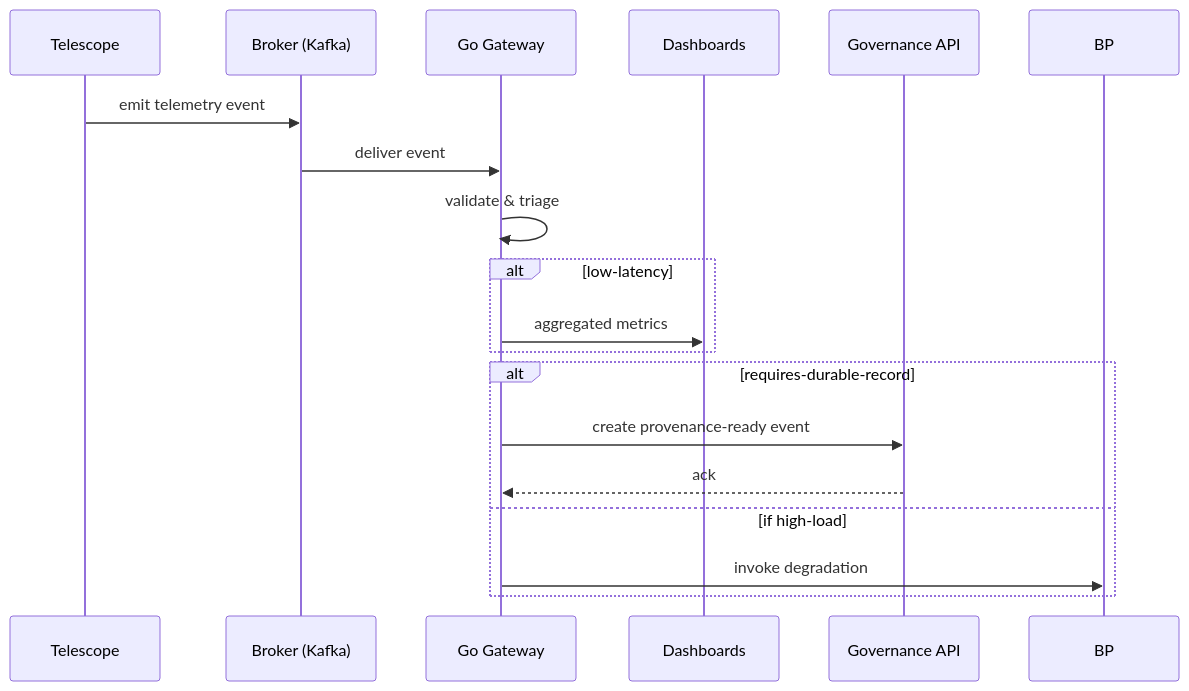
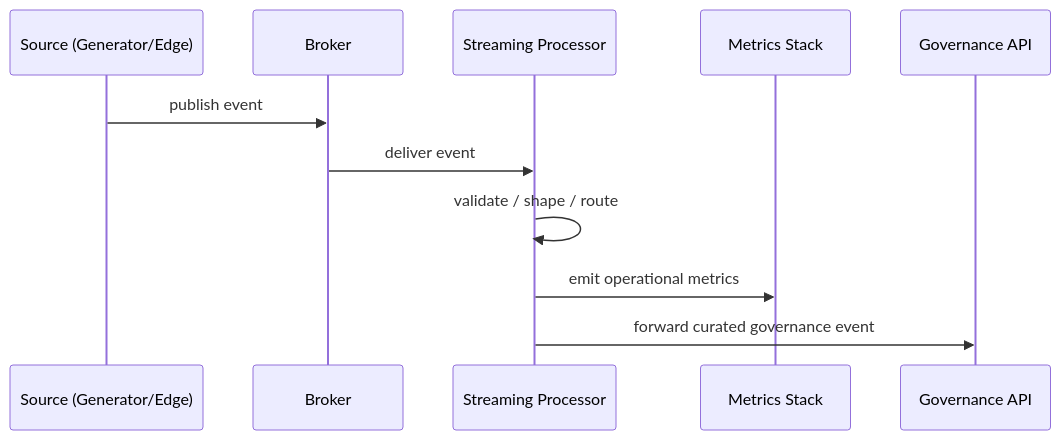
One commit to JeffreySanford/phase-2-cosmic changed the diagram in docuentation/OPERATIONAL_STREAMING_PLANE.md. Above: the diagram before and after it, drawn with Mermaid. The commit also changed other lines of this file and 34 other files, not shown here.

````diff
--- a/docuentation/OPERATIONAL_STREAMING_PLANE.md
+++ b/docuentation/OPERATIONAL_STREAMING_PLANE.md
@@ -21,22 +34,14 @@
 ```mermaid
 sequenceDiagram
-  participant T as Telescope
-  participant B as Broker (Kafka)
-  participant G as Go Gateway
-  participant UI as Dashboards
-  participant API as Governance API
+  participant SRC as Source (Generator/Edge)
+  participant BRK as Broker
+  participant OPS as Streaming Processor
+  participant OBS as Metrics Stack
+  participant GOV as Governance API
 
-  T->>B: emit telemetry event
-  B->>G: deliver event
-  G->>G: validate & triage
-  alt low-latency
-    G->>UI: aggregated metrics
-  end
-  alt requires-durable-record
-    G->>API: create provenance-ready event
-    API-->>G: ack
-  else if high-load
-    G->>BP: invoke degradation
-  end
-
+  SRC->>BRK: publish event
+  BRK->>OPS: deliver event
+  OPS->>OPS: validate / shape / route
+  OPS->>OBS: emit operational metrics
+  OPS->>GOV: forward curated governance event
 ```
````
